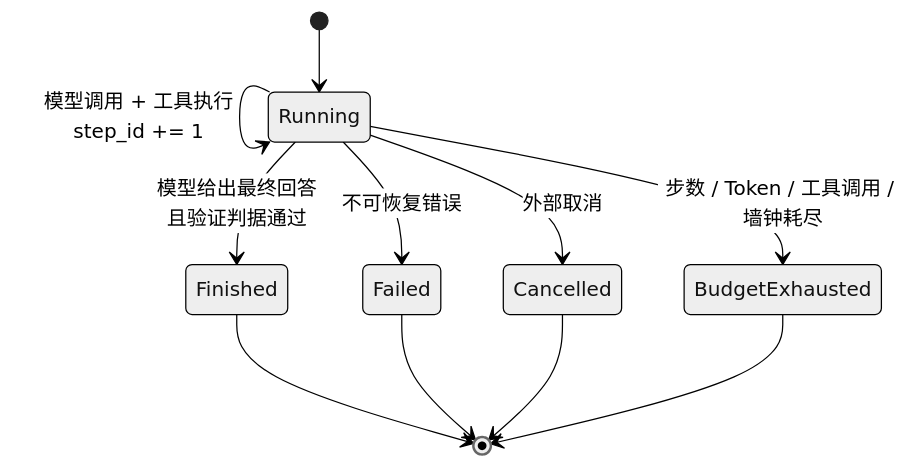
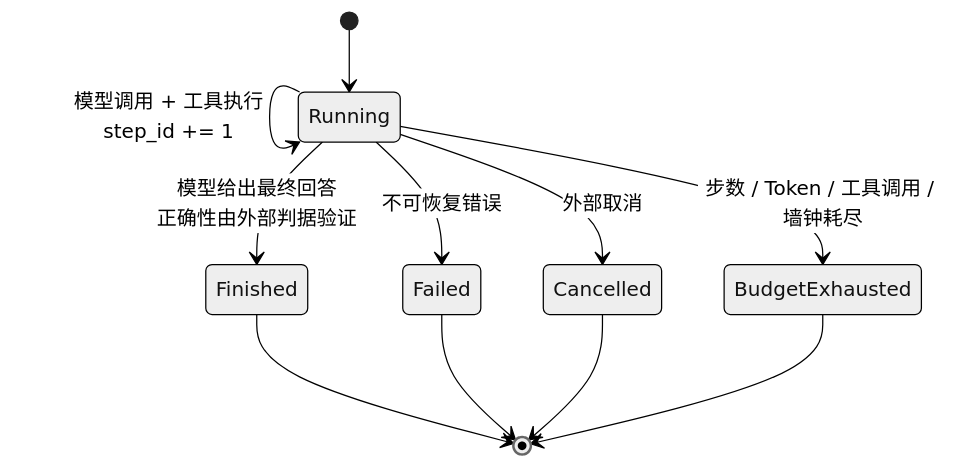
The second of 2 diagrams in README.md (JennyMa11/mini-dsh), drawn with Mermaid (neutral theme) before and after one commit. The commit also changed other lines of this file and 67 other files, not shown here.

````diff
--- a/README.md
+++ b/README.md
@@ -75,13 +127,13 @@
 ```mermaid
 stateDiagram-v2
     [*] --> Running
     Running --> Running: 模型调用 + 工具执行<br/>step_id += 1
-    Running --> Finished: 模型给出最终回答<br/>且验证判据通过
+    Running --> Finished: 模型给出最终回答<br/>正确性由外部判据验证
     Running --> Failed: 不可恢复错误
     Running --> Cancelled: 外部取消
     Running --> BudgetExhausted: 步数 / Token / 工具调用 / 墙钟耗尽
     Finished --> [*]
     Failed --> [*]
     Cancelled --> [*]
     BudgetExhausted --> [*]
 ```
````
